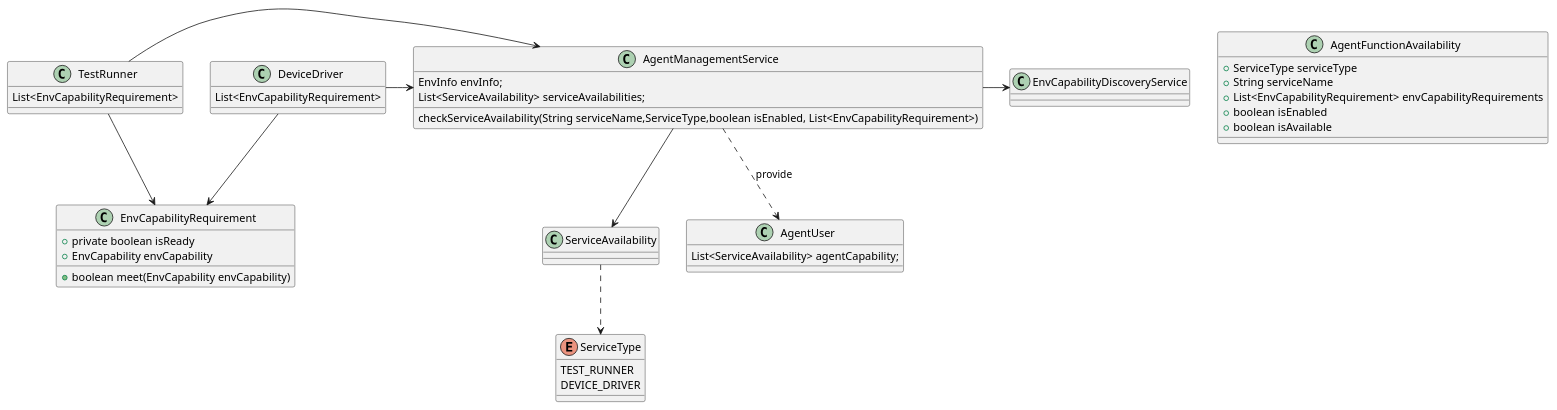
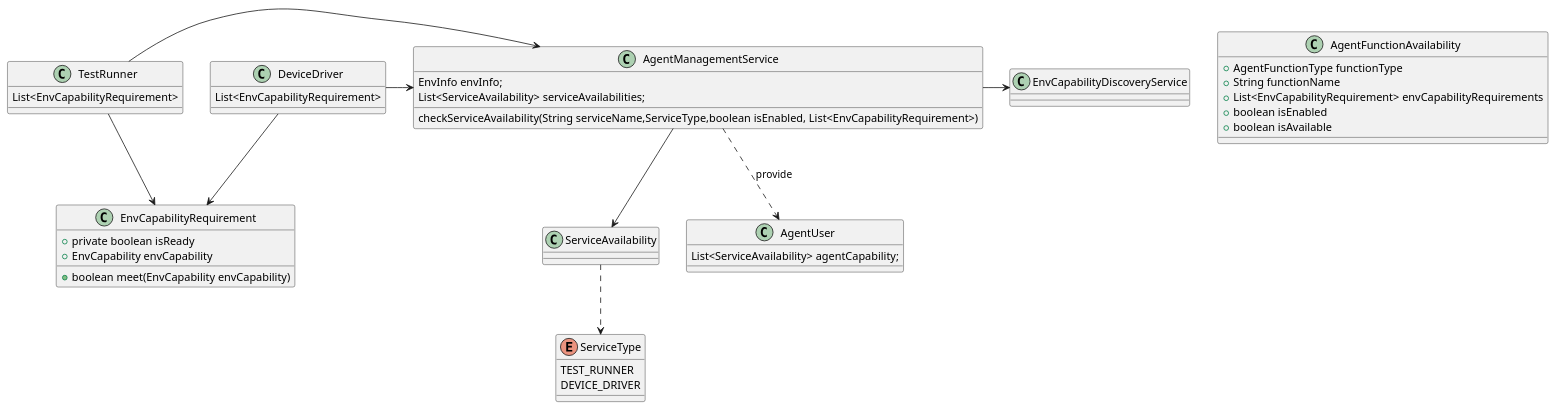
The third of 4 diagrams in agent/doc/UML/agent_device_management_design.puml (microsoft/HydraLab), drawn with PlantUML before and after one commit.

```diff
--- a/agent/doc/UML/agent_device_management_design.puml
+++ b/agent/doc/UML/agent_device_management_design.puml
@@ -159,43 +159,43 @@
 @startuml agent_capability_design
 
 class AgentManagementService {
     EnvInfo envInfo;
     List<ServiceAvailability> serviceAvailabilities;
     checkServiceAvailability(String serviceName,ServiceType,boolean isEnabled, List<EnvCapabilityRequirement>)
 }
 AgentManagementService -r-> EnvCapabilityDiscoveryService
 class TestRunner{
     List<EnvCapabilityRequirement>
 }
 class DeviceDriver{
     List<EnvCapabilityRequirement>
 }
 
 TestRunner -r-> AgentManagementService
 DeviceDriver -r-> AgentManagementService
 TestRunner --> EnvCapabilityRequirement
 DeviceDriver --> EnvCapabilityRequirement
 
 class EnvCapabilityRequirement{
     +private boolean isReady
     +EnvCapability envCapability
     +boolean meet(EnvCapability envCapability)
 }
 enum ServiceType{
     TEST_RUNNER
     DEVICE_DRIVER
 }
 class AgentFunctionAvailability{
-    +ServiceType serviceType
-    +String serviceName
+    +AgentFunctionType functionType
+    +String functionName
     +List<EnvCapabilityRequirement> envCapabilityRequirements
     +boolean isEnabled
     +boolean isAvailable
 }
 AgentManagementService -->ServiceAvailability
 ServiceAvailability ..> ServiceType
 class AgentUser{
     List<ServiceAvailability> agentCapability;
 }
 AgentManagementService ..> AgentUser : provide
 @enduml
```
